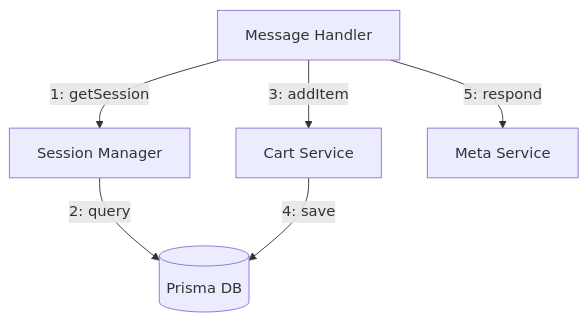
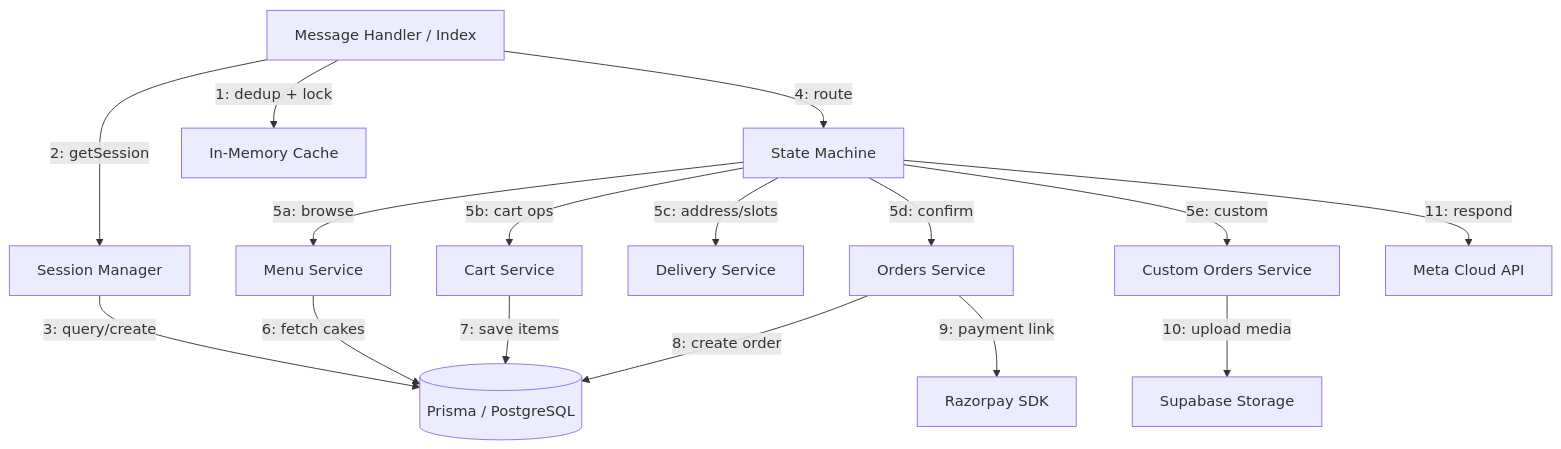
The fifth of 10 diagrams in docs/whatsapp-bot/uml-comprehensive.md (SoumyaAmminabhavi/Sonnas), drawn with Mermaid before and after one commit. The commit also changed other lines of this file and 3 other files, not shown here.

````diff
--- a/docs/whatsapp-bot/uml-comprehensive.md
+++ b/docs/whatsapp-bot/uml-comprehensive.md
@@ -130,14 +299,32 @@
 ```mermaid
 graph TD
-    Handler[Message Handler]
+    Handler[Message Handler / Index]
     Session[Session Manager]
+    SM[State Machine]
+    Menu[Menu Service]
     Cart[Cart Service]
-    DB[(Prisma DB)]
-    Meta[Meta Service]
+    Delivery[Delivery Service]
+    Orders[Orders Service]
+    Custom[Custom Orders Service]
+    DB[(Prisma / PostgreSQL)]
+    Meta[Meta Cloud API]
+    Cache[In-Memory Cache]
+    RZP[Razorpay SDK]
+    Supa[Supabase Storage]
 
-    Handler -- "1: getSession" --> Session
-    Session -- "2: query" --> DB
-    Handler -- "3: addItem" --> Cart
-    Cart -- "4: save" --> DB
-    Handler -- "5: respond" --> Meta
+    Handler -- "1: dedup + lock" --> Cache
+    Handler -- "2: getSession" --> Session
+    Session -- "3: query/create" --> DB
+    Handler -- "4: route" --> SM
+    SM -- "5a: browse" --> Menu
+    SM -- "5b: cart ops" --> Cart
+    SM -- "5c: address/slots" --> Delivery
+    SM -- "5d: confirm" --> Orders
+    SM -- "5e: custom" --> Custom
+    Menu -- "6: fetch cakes" --> DB
+    Cart -- "7: save items" --> DB
+    Orders -- "8: create order" --> DB
+    Orders -- "9: payment link" --> RZP
+    Custom -- "10: upload media" --> Supa
+    SM -- "11: respond" --> Meta
 ```
````
